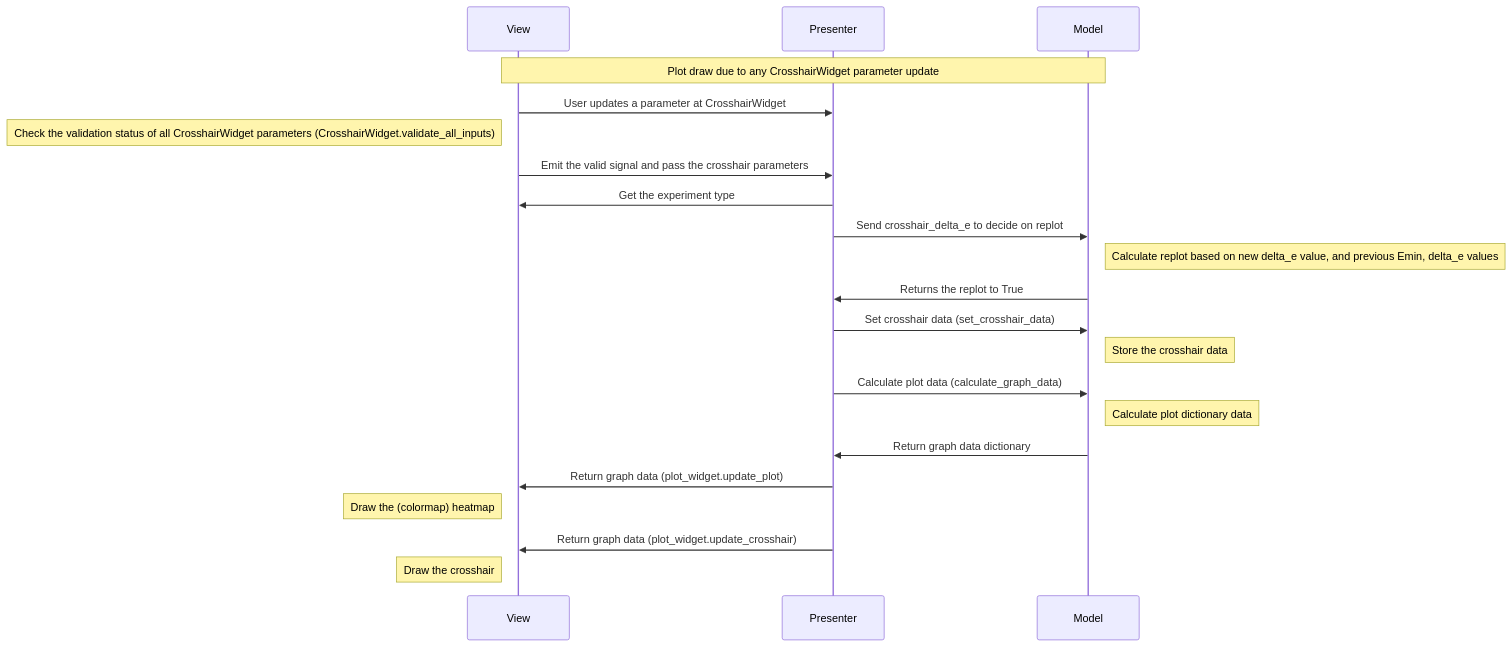
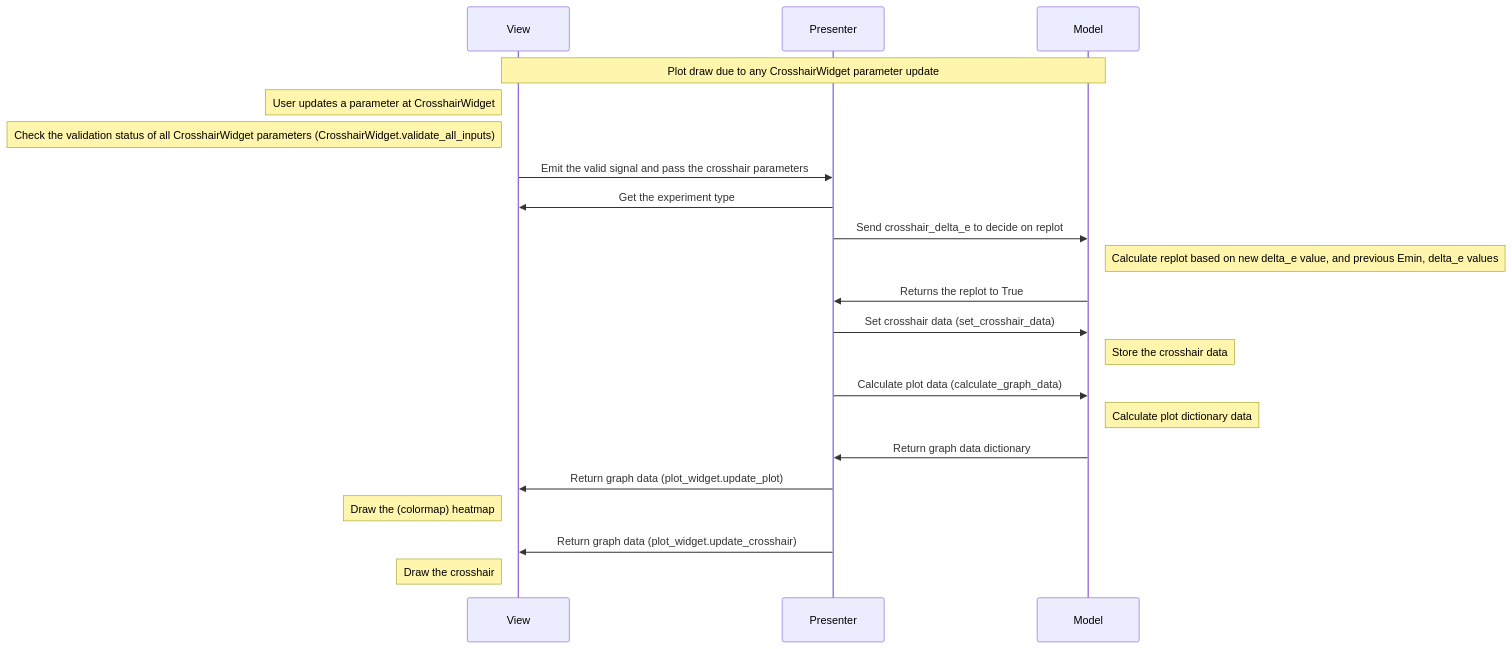
Before and after one commit to neutrons/hyspecppt: the fifth of 14 diagrams in docs/source/design/hyspecpptclasses.rst, drawn with Mermaid. The commit also changed other lines of this file, not shown here.

```diff
--- a/docs/source/design/hyspecpptclasses.rst
+++ b/docs/source/design/hyspecpptclasses.rst
@@ -225,24 +226,24 @@
         .. mermaid::
 
             sequenceDiagram
                 participant View
                 participant Presenter
                 participant Model
 
                 Note over View,Model: Plot draw due to any CrosshairWidget parameter update
-                View->>Presenter: User updates a parameter at CrosshairWidget
+                Note left of View: User updates a parameter at CrosshairWidget
                 Note left of View: Check the validation status of all CrosshairWidget parameters (CrosshairWidget.validate_all_inputs)
                 View->>Presenter: Emit the valid signal and pass the crosshair parameters
                 Presenter->>View: Get the experiment type
                 Presenter->>Model: Send crosshair_delta_e to decide on replot
                 Note right of Model: Calculate replot based on new delta_e value, and previous Emin, delta_e values
                 Model->>Presenter: Returns the replot to True
                 Presenter->>Model: Set crosshair data (set_crosshair_data)
                 Note right of Model: Store the crosshair data
                 Presenter->>Model: Calculate plot data (calculate_graph_data)
                 Note right of Model: Calculate plot dictionary data
                 Model->>Presenter: Return graph data dictionary
                 Presenter->>View: Return graph data (plot_widget.update_plot)
                 Note left of View: Draw the (colormap) heatmap
                 Presenter->>View: Return graph data (plot_widget.update_crosshair)
                 Note left of View: Draw the crosshair
```
